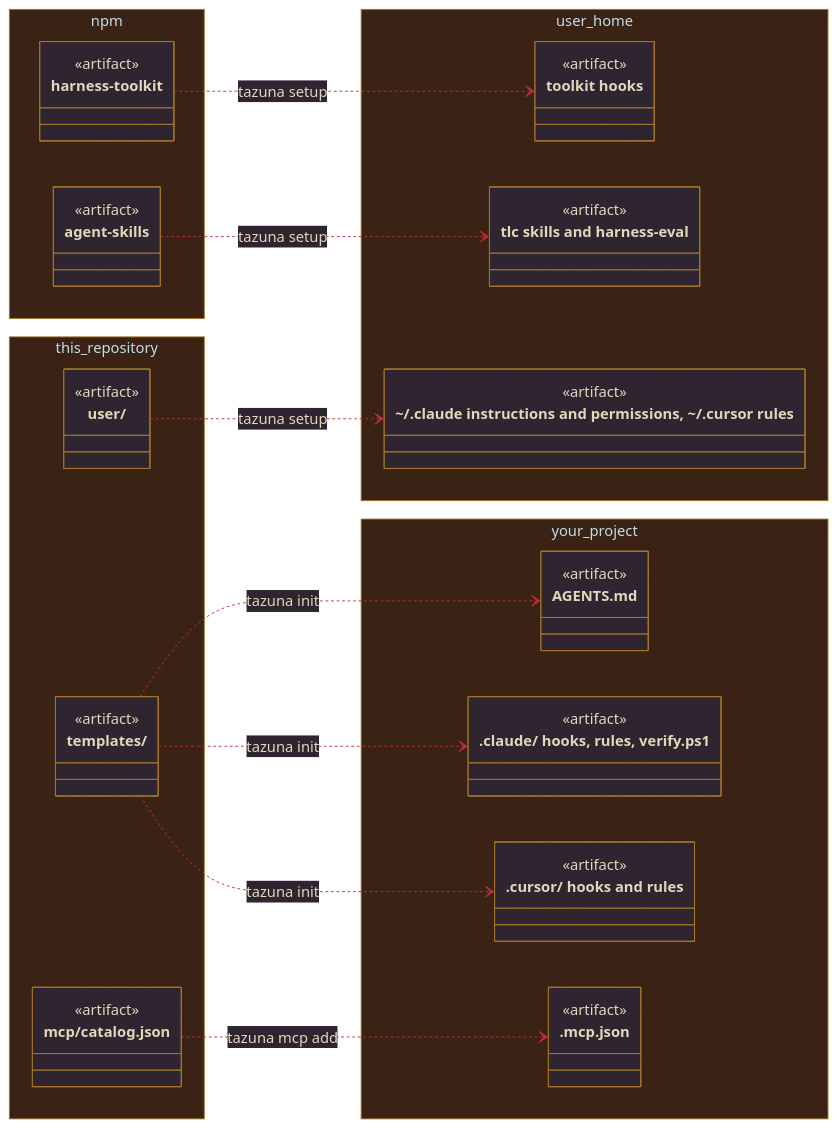
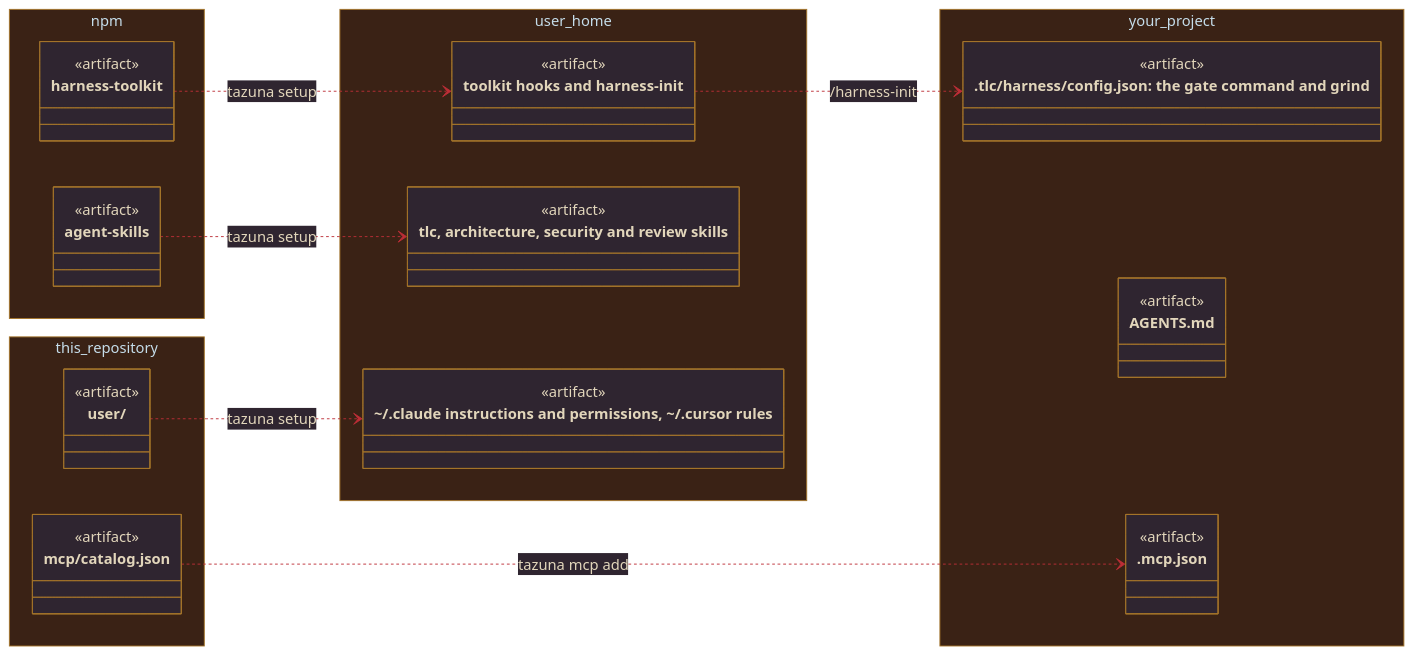
One commit to AlfredoNeeto/tazuna changed the third of 4 diagrams in README.md. Above: the diagram before and after it, drawn with Mermaid. The commit also changed other lines of this file and 4 other files, not shown here.

First line of the commit message:
docs: Tazuna sets up the machine; harness-toolkit sets up the project

````diff
--- a/README.md
+++ b/README.md
@@ -186,32 +193,28 @@
 ```mermaid
 %%{init: {'theme': 'base', 'themeVariables': {'primaryColor': '#2f2530', 'primaryTextColor': '#e2d6bb', 'primaryBorderColor': '#a5752a', 'lineColor': '#bd2e37', 'secondaryColor': '#7f1721', 'tertiaryColor': '#3a2215', 'clusterBkg': '#3a2215', 'clusterBorder': '#a5752a', 'edgeLabelBackground': '#3e0c13', 'fontFamily': 'Georgia, serif'}}}%%
 classDiagram
     direction LR
     namespace this_repository {
         class user["user/"] { <<artifact>> }
-        class templates["templates/"] { <<artifact>> }
         class catalog["mcp/catalog.json"] { <<artifact>> }
     }
     namespace npm {
         class toolkit["harness-toolkit"] { <<artifact>> }
         class agentskills["agent-skills"] { <<artifact>> }
     }
     namespace user_home {
         class instructions["~/.claude instructions and permissions, ~/.cursor rules"] { <<artifact>> }
-        class floor["toolkit hooks"] { <<artifact>> }
-        class skills["tlc skills and harness-eval"] { <<artifact>> }
+        class floor["toolkit hooks and harness-init"] { <<artifact>> }
+        class skills["tlc, architecture, security and review skills"] { <<artifact>> }
     }
     namespace your_project {
+        class policy[".tlc/harness/config.json: the gate command and grind"] { <<artifact>> }
         class agents["AGENTS.md"] { <<artifact>> }
-        class claude[".claude/ hooks, rules, verify.ps1"] { <<artifact>> }
-        class cursor[".cursor/ hooks and rules"] { <<artifact>> }
         class mcpjson[".mcp.json"] { <<artifact>> }
     }
     user ..> instructions : tazuna setup
     toolkit ..> floor : tazuna setup
     agentskills ..> skills : tazuna setup
-    templates ..> agents : tazuna init
-    templates ..> claude : tazuna init
-    templates ..> cursor : tazuna init
+    floor ..> policy : /harness-init
     catalog ..> mcpjson : tazuna mcp add
 ```
````
